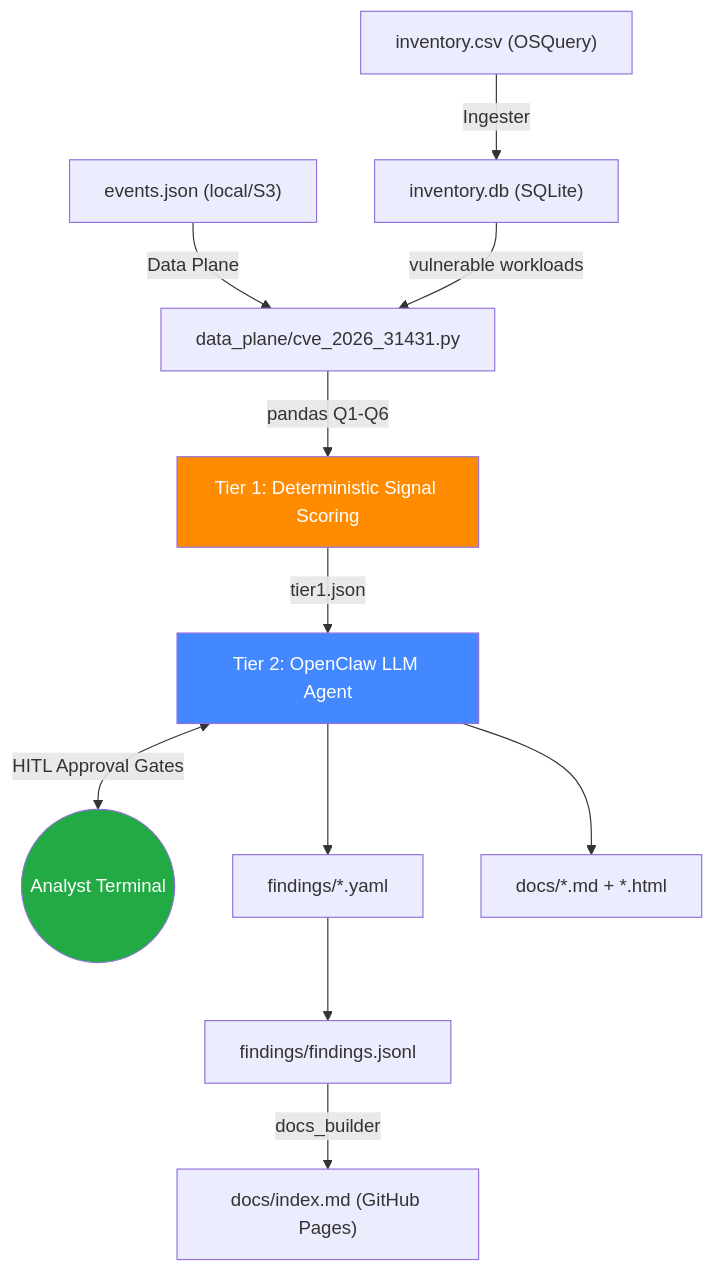
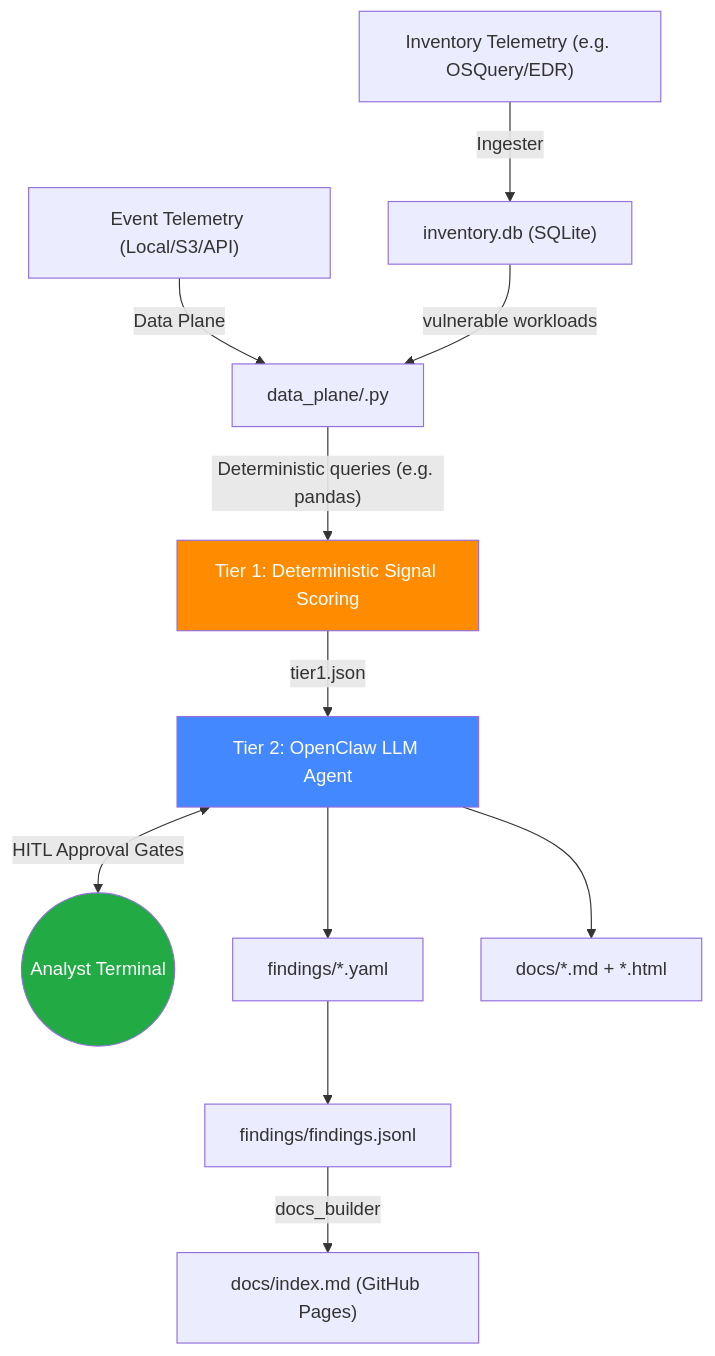
One commit to tjs24/ThIOClaw changed the diagram in README.md. Above: the diagram before and after it, drawn with Mermaid. The commit also changed other lines of this file and 1 other file, not shown here.

Commit message:
docs: generalize architecture diagrams and texts to be control/telemetry agnostic

````diff
--- a/README.md
+++ b/README.md
@@ -161,17 +161,17 @@
 ```mermaid
 graph TD
-    A["inventory.csv (OSQuery)"] -->|Ingester| B["inventory.db (SQLite)"]
-    C["events.json (local/S3)"] -->|Data Plane| D["data_plane/cve_2026_31431.py"]
+    A["Inventory Telemetry (e.g. OSQuery/EDR)"] -->|Ingester| B["inventory.db (SQLite)"]
+    C["Event Telemetry (Local/S3/API)"] -->|Data Plane| D["data_plane/<cve_id>.py"]
     B -->|vulnerable workloads| D
-    D -->|"pandas Q1-Q6"| E["Tier 1: Deterministic Signal Scoring"]
+    D -->|"Deterministic queries (e.g. pandas)"| E["Tier 1: Deterministic Signal Scoring"]
     E -->|tier1.json| F["Tier 2: OpenClaw LLM Agent"]
     F <-->|"HITL Approval Gates"| G(("Analyst Terminal"))
     F --> H["findings/*.yaml"]
     F --> I["docs/*.md + *.html"]
     H --> J["findings/findings.jsonl"]
     J -->|docs_builder| K["docs/index.md (GitHub Pages)"]
 
     style E fill:#ff8c00,color:#fff
     style F fill:#4488ff,color:#fff
     style G fill:#22aa44,color:#fff
 ```
````
